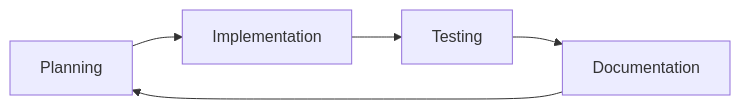
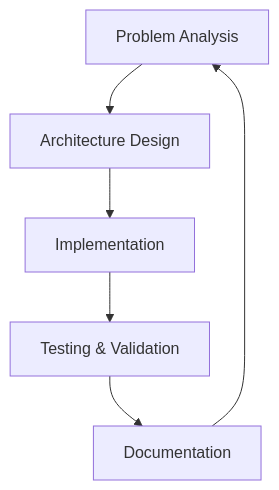
Before and after one commit to laialex501/lorechat-cdk: the seventh of 7 diagrams in README.md, drawn with Mermaid. The commit also changed other lines of this file and 7 other files, not shown here.

````diff
--- a/README.md
+++ b/README.md
@@ -203,7 +400,8 @@
 ```mermaid
-flowchart LR
-    A[Planning] --> B[Implementation]
-    B --> C[Testing]
-    C --> D[Documentation]
-    D --> A
+graph TD
+    A[Problem Analysis] --> B[Architecture Design]
+    B --> C[Implementation]
+    C --> D[Testing & Validation]
+    D --> E[Documentation]
+    E --> A
 ```
````
